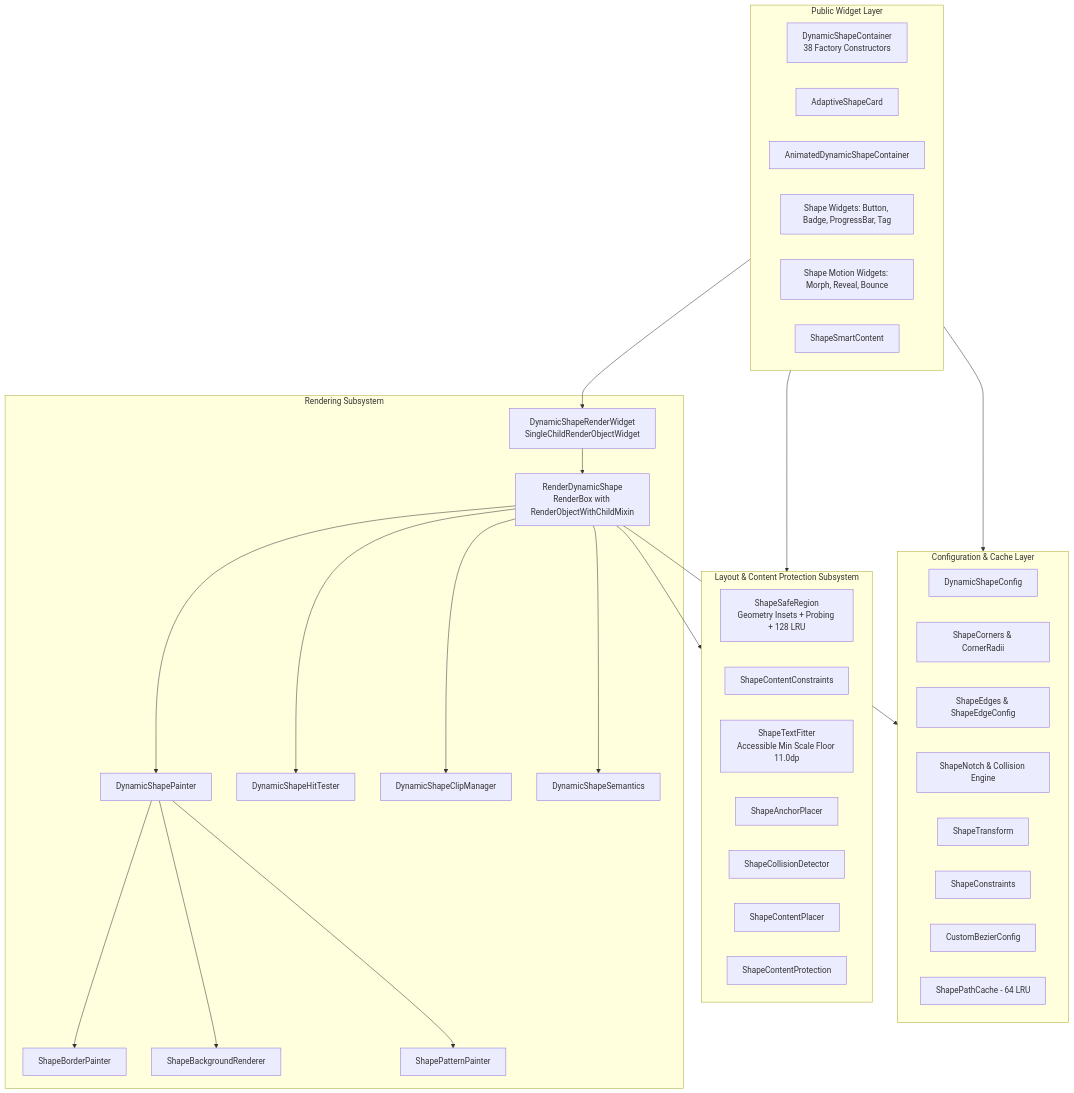
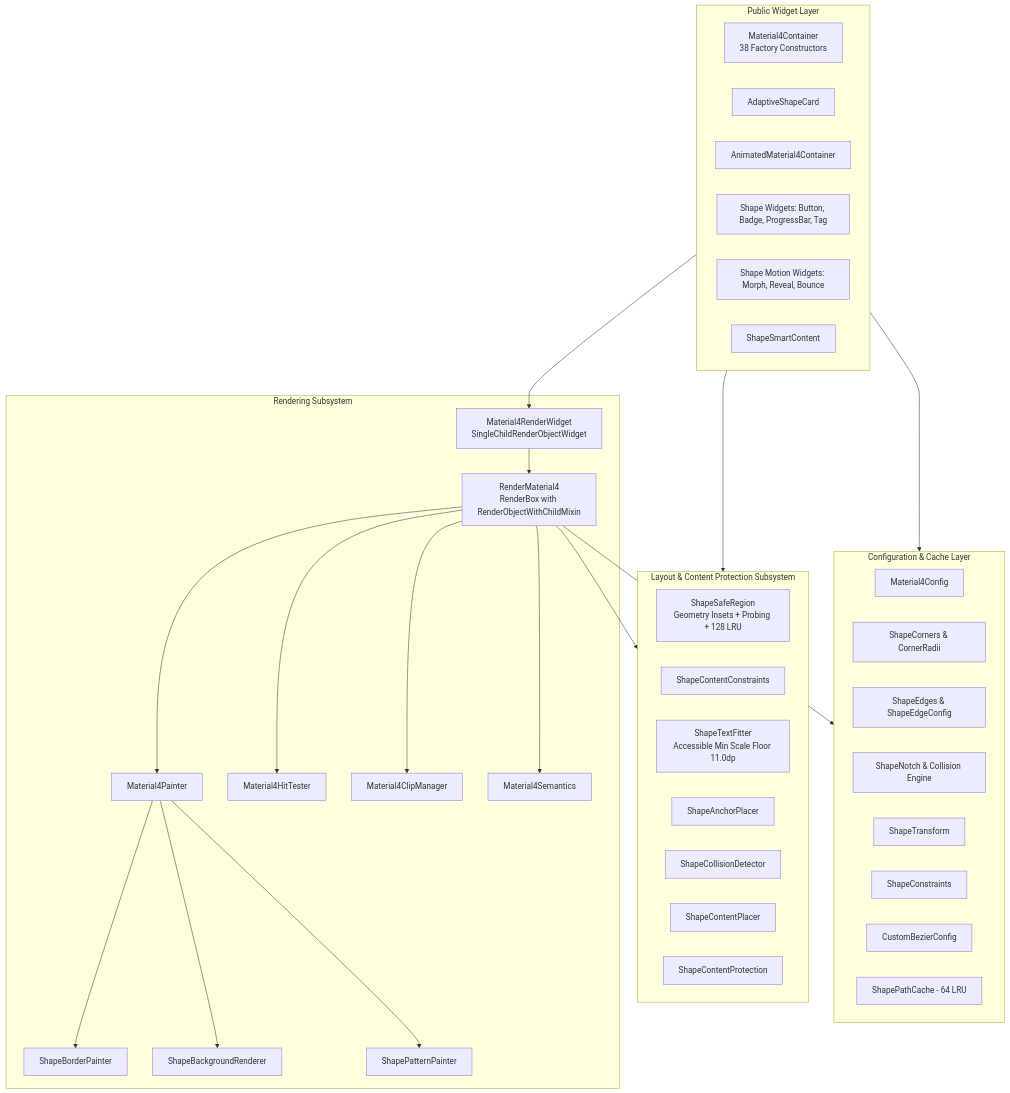
Before and after one commit to juwelzan/material_4: the diagram in docs/RENDERBOX_MIGRATION_AUDIT.md, drawn with Mermaid. The commit also changed other lines of this file and 99 other files, not shown here.

Commit message:
refactor: rebrand package from dynamic_shape to material_4

````diff
--- a/docs/RENDERBOX_MIGRATION_AUDIT.md
+++ b/docs/RENDERBOX_MIGRATION_AUDIT.md
@@ -26,58 +26,58 @@
 ```mermaid
 flowchart TD
     subgraph PublicWidgetLayer [Public Widget Layer]
-        DSC[DynamicShapeContainer\n38 Factory Constructors]
+        DSC[Material4Container\n38 Factory Constructors]
         ASC[AdaptiveShapeCard]
-        ADSC[AnimatedDynamicShapeContainer]
+        ADSC[AnimatedMaterial4Container]
         SW[Shape Widgets: Button, Badge, ProgressBar, Tag]
         SMW[Shape Motion Widgets: Morph, Reveal, Bounce]
         SSC[ShapeSmartContent]
     end
 
     subgraph ConfigLayer [Configuration & Cache Layer]
-        DSCfg[DynamicShapeConfig]
+        DSCfg[Material4Config]
         SCorners[ShapeCorners & CornerRadii]
         SEdges[ShapeEdges & ShapeEdgeConfig]
         SNotch[ShapeNotch & Collision Engine]
         STransform[ShapeTransform]
         SConstraints[ShapeConstraints]
         SBezier[CustomBezierConfig]
         SPCache[ShapePathCache - 64 LRU]
     end
 
     subgraph LayoutSubsystem [Layout & Content Protection Subsystem]
         SSR[ShapeSafeRegion\nGeometry Insets + Probing + 128 LRU]
         SCC[ShapeContentConstraints]
         STF[ShapeTextFitter\nAccessible Min Scale Floor 11.0dp]
         SAP[ShapeAnchorPlacer]
         SCD[ShapeCollisionDetector]
         SCP[ShapeContentPlacer]
         SCProt[ShapeContentProtection]
     end
 
     subgraph RenderingSubsystem [Rendering Subsystem]
-        DSRW[DynamicShapeRenderWidget\nSingleChildRenderObjectWidget]
-        RDS[RenderDynamicShape\nRenderBox with RenderObjectWithChildMixin]
-        DSP[DynamicShapePainter]
+        DSRW[Material4RenderWidget\nSingleChildRenderObjectWidget]
+        RDS[RenderMaterial4\nRenderBox with RenderObjectWithChildMixin]
+        DSP[Material4Painter]
         SBP[ShapeBorderPainter]
         SBR[ShapeBackgroundRenderer]
         SPattern[ShapePatternPainter]
-        DSHT[DynamicShapeHitTester]
-        DSCM[DynamicShapeClipManager]
-        DSSem[DynamicShapeSemantics]
+        DSHT[Material4HitTester]
+        DSCM[Material4ClipManager]
+        DSSem[Material4Semantics]
     end
 
     PublicWidgetLayer --> ConfigLayer
     PublicWidgetLayer --> LayoutSubsystem
     PublicWidgetLayer --> DSRW
     DSRW --> RDS
     RDS --> ConfigLayer
     RDS --> LayoutSubsystem
     RDS --> DSP
     RDS --> DSHT
     RDS --> DSCM
     RDS --> DSSem
     DSP --> SBP
     DSP --> SBR
     DSP --> SPattern
 ```
````
